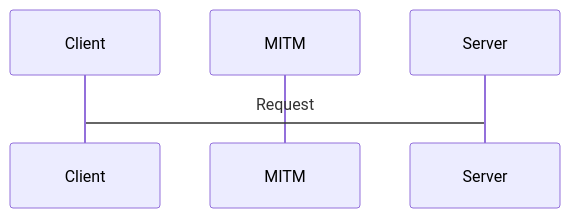
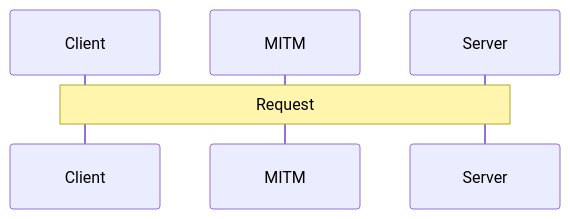
The first of 3 diagrams in README.md (Rajeev-Tamang/OpenSSL), drawn with Mermaid before and after one commit.

````diff
--- a/README.md
+++ b/README.md
@@ -30,9 +30,9 @@
 ```mermaid
 sequenceDiagram
     participant C as Client
     participant M as MITM
     participant S as Server
 
-    C->S:Request
+    Note over C,S:Request
     
 ```
````
